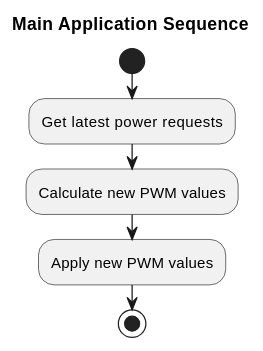
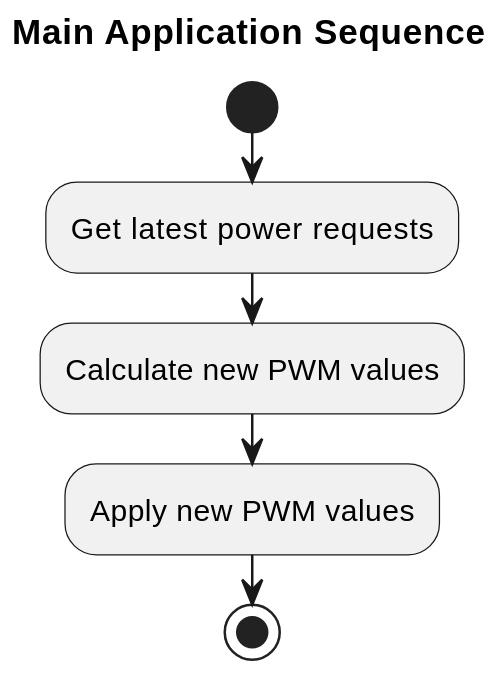
The third of 3 diagrams in docs/motor_control.md (inpgbburda/FlyMatic), drawn with PlantUML before and after one commit. The commit also changed other lines of this file, not shown here.

Commit message:
Add raw component diagram of application

````diff
--- a/docs/motor_control.md
+++ b/docs/motor_control.md
@@ -54,13 +63,14 @@
 ```puml
 @startuml
 
+scale 2
 title Main Application Sequence  
 
 start
 :Get latest power requests;
 :Calculate new PWM values;
 :Apply new PWM values;
 stop
 
 @enduml
 ```
````
